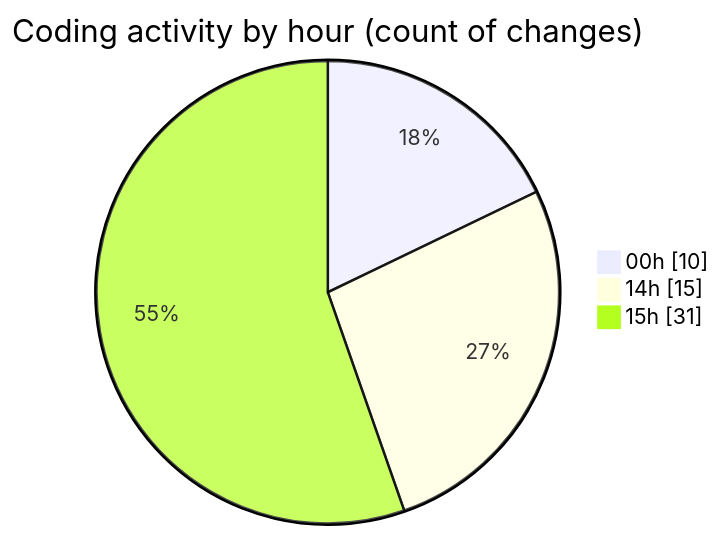
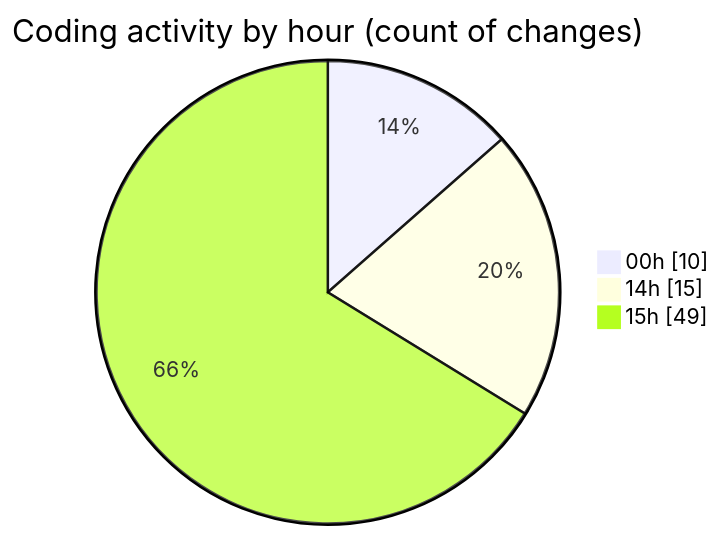
One commit to Netris89/code-tracking changed the second of 2 diagrams in 2025-04-07/echo/README.md. Above: the diagram before and after it, drawn with Mermaid. The commit also changed other lines of this file and 1 other file, not shown here.

````diff
--- a/2025-04-07/echo/README.md
+++ b/2025-04-07/echo/README.md
@@ -37,7 +37,7 @@
 ```mermaid
 pie showData
 title Coding activity by hour (count of changes)
 "00h" : 10
 "14h" : 15
-"15h" : 31
+"15h" : 49
 ```
````
